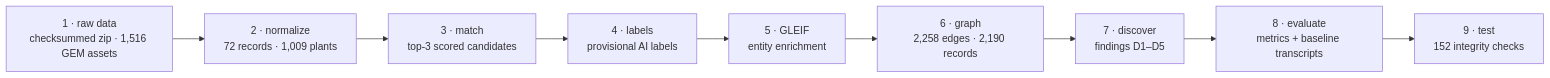
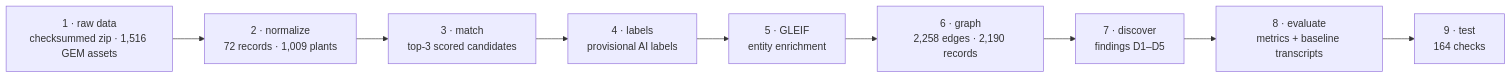
Before and after one commit to FaizKrisnadi/discovery-engine: the diagram in README.md, drawn with Mermaid. The commit also changed other lines of this file and 3 other files, not shown here.

````diff
--- a/README.md
+++ b/README.md
@@ -23,8 +23,8 @@
 ```mermaid
 flowchart LR
   A["1 · raw data<br/>checksummed zip · 1,516 GEM assets"] --> B["2 · normalize<br/>72 records · 1,009 plants"]
   B --> C["3 · match<br/>top-3 scored candidates"] --> D["4 · labels<br/>provisional AI labels"]
   D --> E["5 · GLEIF<br/>entity enrichment"] --> F["6 · graph<br/>2,258 edges · 2,190 records"]
   F --> G["7 · discover<br/>findings D1–D5"] --> H["8 · evaluate<br/>metrics + baseline transcripts"]
-  H --> I["9 · test<br/>152 integrity checks"]
+  H --> I["9 · test<br/>164 checks"]
 ```
````
